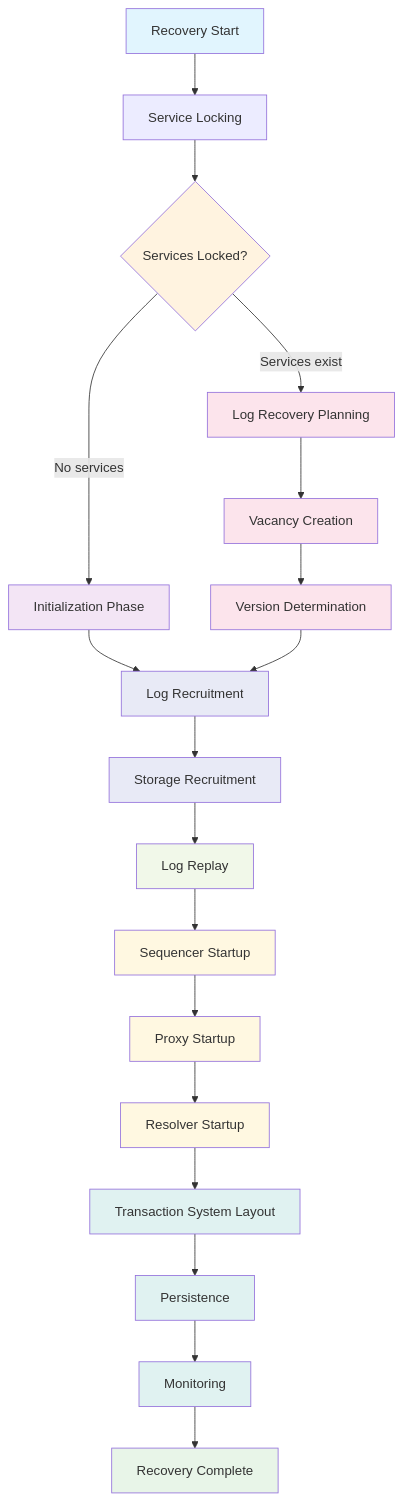
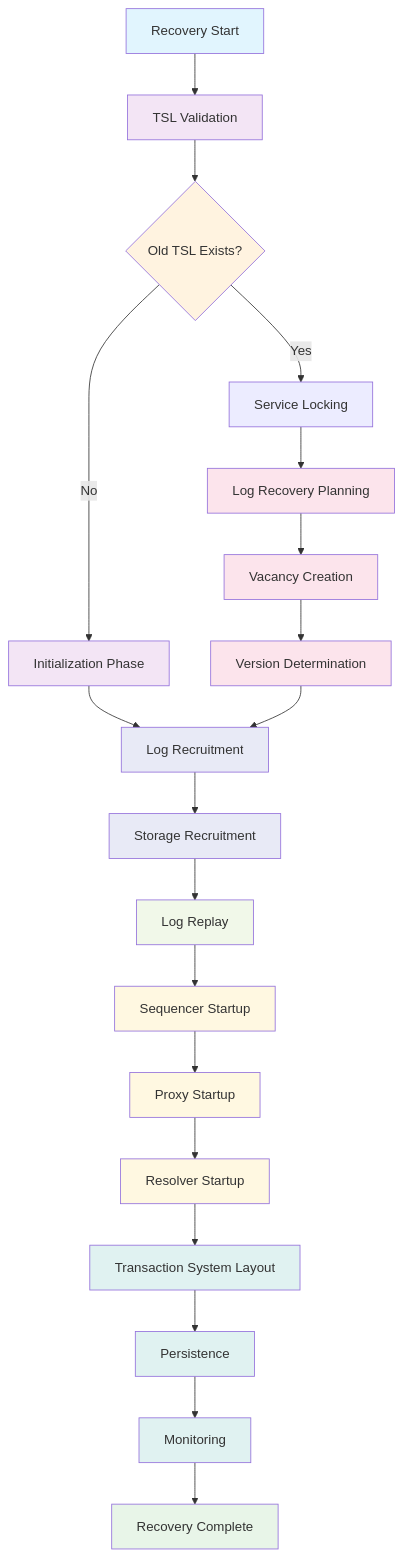
The diagram in guides/quick-reads/recovery.md (bedrock-kv/bedrock), drawn with Mermaid before and after one commit. The commit also changed other lines of this file and 5 other files, not shown here.

````diff
--- a/guides/quick-reads/recovery.md
+++ b/guides/quick-reads/recovery.md
@@ -7,46 +7,48 @@
 ```mermaid
 flowchart TD
-    Start[Recovery Start] --> Locking[Service Locking]
+    Start[Recovery Start] --> TSL[TSL Validation]
+    TSL --> Decision{Old TSL Exists?}
+    Decision -->|No| Init[Initialization Phase]
+    Decision -->|Yes| Locking[Service Locking]
     
-    %% Main branching point at Locking Phase
-    Locking --> Decision{Services Locked?}
-    Decision -->|No services| Init[Initialization Phase]
-    Decision -->|Services exist| LogPlan[Log Recovery Planning]
+    %% Service locking leads to log planning
+    Locking --> LogPlan[Log Recovery Planning]
     
     %% New cluster path (shorter)
     Init --> LogRecruit[Log Recruitment]
     
     %% Existing cluster recovery path
     LogPlan --> Vacancy[Vacancy Creation]
     Vacancy --> Version[Version Determination]
     Version --> LogRecruit
     
     %% Convergence point - both paths merge here
     LogRecruit --> Storage[Storage Recruitment]
     Storage --> Replay[Log Replay]
     Replay --> Sequencer[Sequencer Startup]
     Sequencer --> Proxy[Proxy Startup]
     Proxy --> Resolver[Resolver Startup]
     Resolver --> Layout[Transaction System Layout]
     Layout --> Persist[Persistence]
     Persist --> Monitor[Monitoring]
     Monitor --> Complete[Recovery Complete]
     
     %% Styling
     style Start fill:#e1f5fe
+    style TSL fill:#f3e5f5
     style Complete fill:#e8f5e8
     style Decision fill:#fff3e0
     style Init fill:#f3e5f5
     style LogPlan fill:#fce4ec
     style Vacancy fill:#fce4ec
     style Version fill:#fce4ec
     style LogRecruit fill:#e8eaf6
     style Storage fill:#e8eaf6
     style Replay fill:#f1f8e9
     style Sequencer fill:#fff8e1
     style Proxy fill:#fff8e1
     style Resolver fill:#fff8e1
     style Layout fill:#e0f2f1
     style Persist fill:#e0f2f1
     style Monitor fill:#e0f2f1
 ```
````
